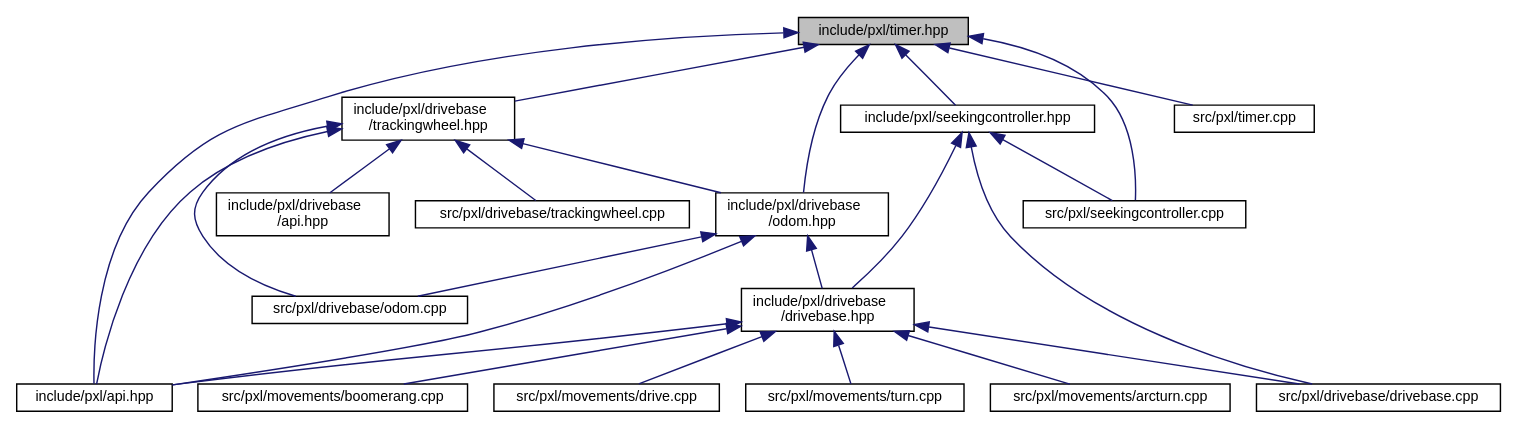
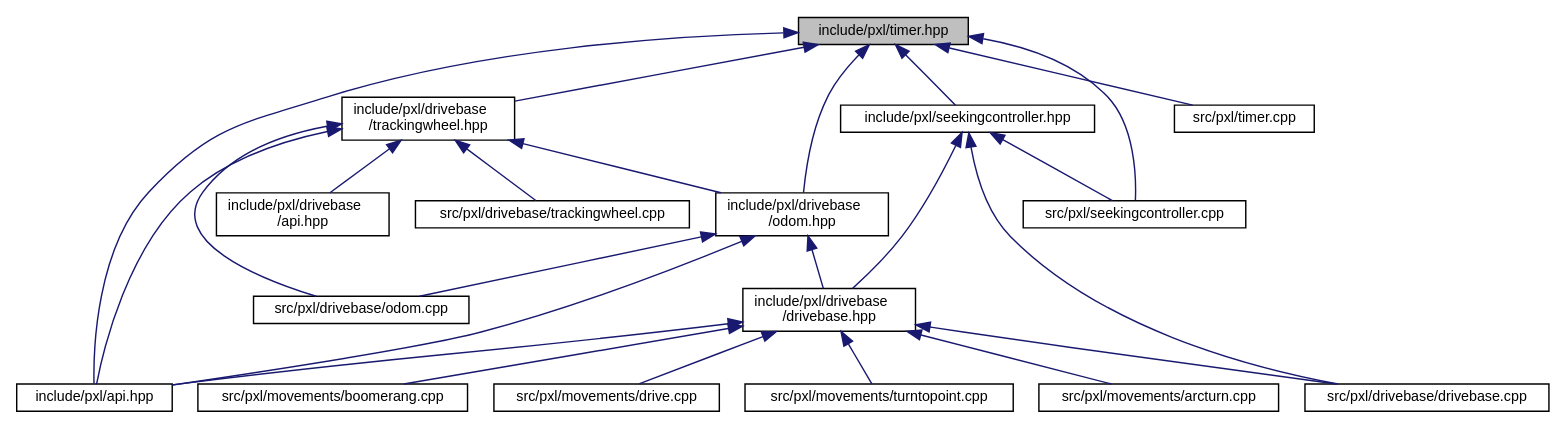
Before and after one commit to Pixel-Lib/Pixel: the diagram in timer_8hpp__dep__incl.dot, drawn with Graphviz. The commit also changed 151 other files, not shown here.

```diff
--- a/timer_8hpp__dep__incl.dot
+++ b/timer_8hpp__dep__incl.dot
@@ -1,45 +1,45 @@
 digraph "include/pxl/timer.hpp"
 {
  // LATEX_PDF_SIZE
   edge [fontname="Helvetica",fontsize="10",labelfontname="Helvetica",labelfontsize="10"];
   node [fontname="Helvetica",fontsize="10",shape=record];
   Node1 [label="include/pxl/timer.hpp",height=0.2,width=0.4,color="black", fillcolor="grey75", style="filled", fontcolor="black",tooltip=" "];
   Node1 -> Node2 [dir="back",color="midnightblue",fontsize="10",style="solid",fontname="Helvetica"];
   Node2 [label="include/pxl/api.hpp",height=0.2,width=0.4,color="black", fillcolor="white", style="filled",URL="$api_8hpp.html",tooltip=" "];
   Node1 -> Node3 [dir="back",color="midnightblue",fontsize="10",style="solid",fontname="Helvetica"];
   Node3 [label="include/pxl/drivebase\l/odom.hpp",height=0.2,width=0.4,color="black", fillcolor="white", style="filled",URL="$odom_8hpp.html",tooltip=" "];
   Node3 -> Node2 [dir="back",color="midnightblue",fontsize="10",style="solid",fontname="Helvetica"];
   Node3 -> Node4 [dir="back",color="midnightblue",fontsize="10",style="solid",fontname="Helvetica"];
   Node4 [label="include/pxl/drivebase\l/drivebase.hpp",height=0.2,width=0.4,color="black", fillcolor="white", style="filled",URL="$drivebase_8hpp.html",tooltip=" "];
   Node4 -> Node2 [dir="back",color="midnightblue",fontsize="10",style="solid",fontname="Helvetica"];
   Node4 -> Node5 [dir="back",color="midnightblue",fontsize="10",style="solid",fontname="Helvetica"];
   Node5 [label="src/pxl/drivebase/drivebase.cpp",height=0.2,width=0.4,color="black", fillcolor="white", style="filled",URL="$drivebase_8cpp.html",tooltip=" "];
   Node4 -> Node6 [dir="back",color="midnightblue",fontsize="10",style="solid",fontname="Helvetica"];
   Node6 [label="src/pxl/movements/arcturn.cpp",height=0.2,width=0.4,color="black", fillcolor="white", style="filled",URL="$arcturn_8cpp.html",tooltip=" "];
   Node4 -> Node7 [dir="back",color="midnightblue",fontsize="10",style="solid",fontname="Helvetica"];
   Node7 [label="src/pxl/movements/boomerang.cpp",height=0.2,width=0.4,color="black", fillcolor="white", style="filled",URL="$boomerang_8cpp.html",tooltip=" "];
   Node4 -> Node8 [dir="back",color="midnightblue",fontsize="10",style="solid",fontname="Helvetica"];
   Node8 [label="src/pxl/movements/drive.cpp",height=0.2,width=0.4,color="black", fillcolor="white", style="filled",URL="$drive_8cpp.html",tooltip=" "];
   Node4 -> Node9 [dir="back",color="midnightblue",fontsize="10",style="solid",fontname="Helvetica"];
-  Node9 [label="src/pxl/movements/turn.cpp",height=0.2,width=0.4,color="black", fillcolor="white", style="filled",URL="$turn_8cpp.html",tooltip=" "];
+  Node9 [label="src/pxl/movements/turntopoint.cpp",height=0.2,width=0.4,color="black", fillcolor="white", style="filled",URL="$turntopoint_8cpp.html",tooltip=" "];
   Node3 -> Node10 [dir="back",color="midnightblue",fontsize="10",style="solid",fontname="Helvetica"];
   Node10 [label="src/pxl/drivebase/odom.cpp",height=0.2,width=0.4,color="black", fillcolor="white", style="filled",URL="$odom_8cpp.html",tooltip=" "];
   Node1 -> Node11 [dir="back",color="midnightblue",fontsize="10",style="solid",fontname="Helvetica"];
   Node11 [label="include/pxl/drivebase\l/trackingwheel.hpp",height=0.2,width=0.4,color="black", fillcolor="white", style="filled",URL="$trackingwheel_8hpp.html",tooltip=" "];
   Node11 -> Node2 [dir="back",color="midnightblue",fontsize="10",style="solid",fontname="Helvetica"];
   Node11 -> Node12 [dir="back",color="midnightblue",fontsize="10",style="solid",fontname="Helvetica"];
   Node12 [label="include/pxl/drivebase\l/api.hpp",height=0.2,width=0.4,color="black", fillcolor="white", style="filled",URL="$drivebase_2api_8hpp.html",tooltip=" "];
   Node11 -> Node3 [dir="back",color="midnightblue",fontsize="10",style="solid",fontname="Helvetica"];
   Node11 -> Node10 [dir="back",color="midnightblue",fontsize="10",style="solid",fontname="Helvetica"];
   Node11 -> Node13 [dir="back",color="midnightblue",fontsize="10",style="solid",fontname="Helvetica"];
   Node13 [label="src/pxl/drivebase/trackingwheel.cpp",height=0.2,width=0.4,color="black", fillcolor="white", style="filled",URL="$trackingwheel_8cpp.html",tooltip=" "];
   Node1 -> Node14 [dir="back",color="midnightblue",fontsize="10",style="solid",fontname="Helvetica"];
   Node14 [label="include/pxl/seekingcontroller.hpp",height=0.2,width=0.4,color="black", fillcolor="white", style="filled",URL="$seekingcontroller_8hpp.html",tooltip=" "];
   Node14 -> Node4 [dir="back",color="midnightblue",fontsize="10",style="solid",fontname="Helvetica"];
   Node14 -> Node5 [dir="back",color="midnightblue",fontsize="10",style="solid",fontname="Helvetica"];
   Node14 -> Node15 [dir="back",color="midnightblue",fontsize="10",style="solid",fontname="Helvetica"];
   Node15 [label="src/pxl/seekingcontroller.cpp",height=0.2,width=0.4,color="black", fillcolor="white", style="filled",URL="$seekingcontroller_8cpp.html",tooltip=" "];
   Node1 -> Node15 [dir="back",color="midnightblue",fontsize="10",style="solid",fontname="Helvetica"];
   Node1 -> Node16 [dir="back",color="midnightblue",fontsize="10",style="solid",fontname="Helvetica"];
   Node16 [label="src/pxl/timer.cpp",height=0.2,width=0.4,color="black", fillcolor="white", style="filled",URL="$timer_8cpp.html",tooltip=" "];
 }
```
